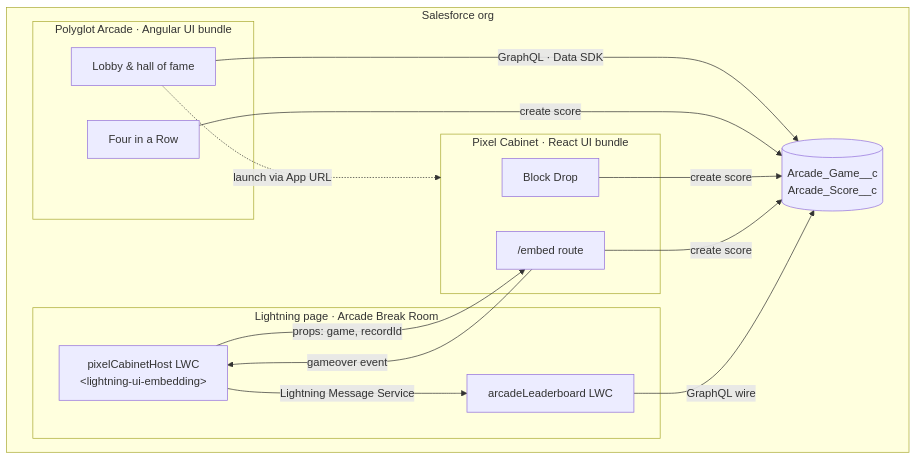
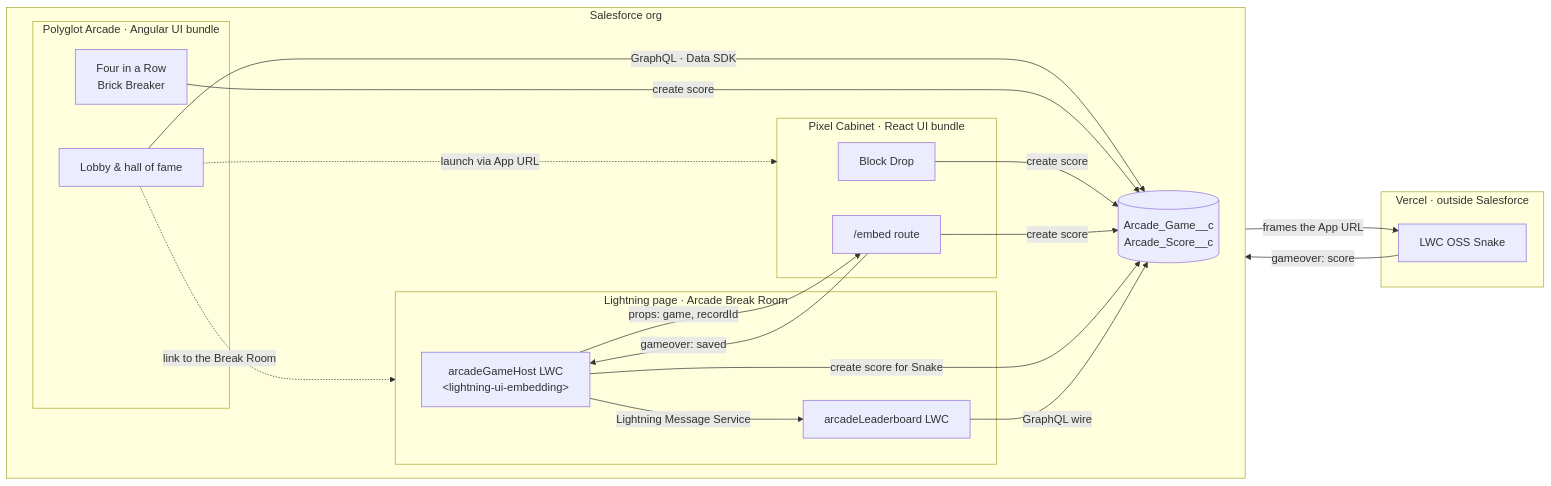
The first of 4 diagrams in README.md (svierk/polyglot-arcade), drawn with Mermaid before and after one commit. The commit also changed other lines of this file and 44 other files, not shown here.

First line of the commit message:
feat(snake): embed the lwc oss snake as an externally hosted microfrontend (#11)

````diff
--- a/README.md
+++ b/README.md
@@ -55,28 +57,35 @@
 ```mermaid
 flowchart LR
     subgraph Org["Salesforce org"]
         direction LR
         subgraph Hub["Polyglot Arcade · Angular UI bundle"]
             Lobby["Lobby & hall of fame"]
-            FIAR["Four in a Row"]
+            HubGames["Four in a Row<br/>Brick Breaker"]
         end
         subgraph Cab["Pixel Cabinet · React UI bundle"]
             BD["Block Drop"]
             Embed["/embed route"]
         end
         subgraph LEX["Lightning page · Arcade Break Room"]
-            Host["pixelCabinetHost LWC<br/>&lt;lightning-ui-embedding&gt;"]
+            Host["arcadeGameHost LWC<br/>&lt;lightning-ui-embedding&gt;"]
             LB["arcadeLeaderboard LWC"]
         end
         Data[("Arcade_Game__c<br/>Arcade_Score__c")]
     end
+    subgraph Ext["Vercel · outside Salesforce"]
+        Snake["LWC OSS Snake"]
+    end
     Lobby -- "GraphQL · Data SDK" --> Data
-    FIAR -- "create score" --> Data
+    HubGames -- "create score" --> Data
     BD -- "create score" --> Data
     Embed -- "create score" --> Data
     Lobby -. "launch via App URL" .-> Cab
+    Lobby -. "link to the Break Room" .-> LEX
     Host -- "props: game, recordId" --> Embed
-    Embed -- "gameover event" --> Host
+    Embed -- "gameover: saved" --> Host
+    Host -- "frames the App URL" --> Snake
+    Snake -- "gameover: score" --> Host
+    Host -- "create score for Snake" --> Data
     Host -- "Lightning Message Service" --> LB
     LB -- "GraphQL wire" --> Data
 ```
````
